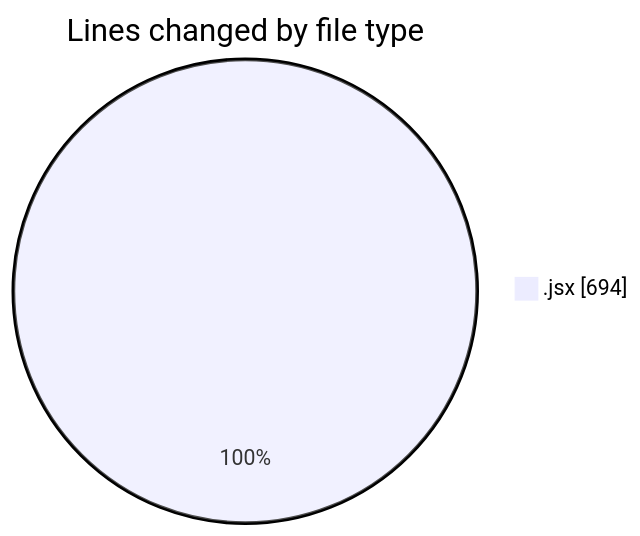
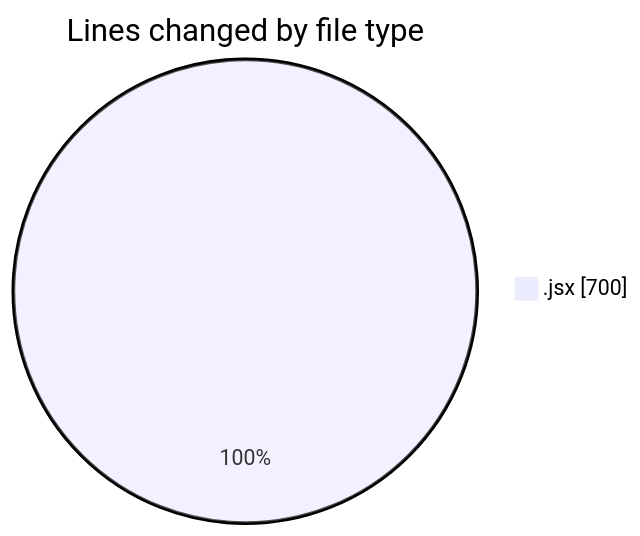
One commit to nxtqubesakshisongat/code-tracking changed the first of 2 diagrams in 2026-01-13/nxtqube_webapp/README.md. Above: the diagram before and after it, drawn with Mermaid. The commit also changed other lines of this file and 1 other file, not shown here.

````diff
--- a/2026-01-13/nxtqube_webapp/README.md
+++ b/2026-01-13/nxtqube_webapp/README.md
@@ -20,5 +20,5 @@
 ```mermaid
 pie showData
 title Lines changed by file type
-".jsx" : 694
+".jsx" : 700
 ```
````
